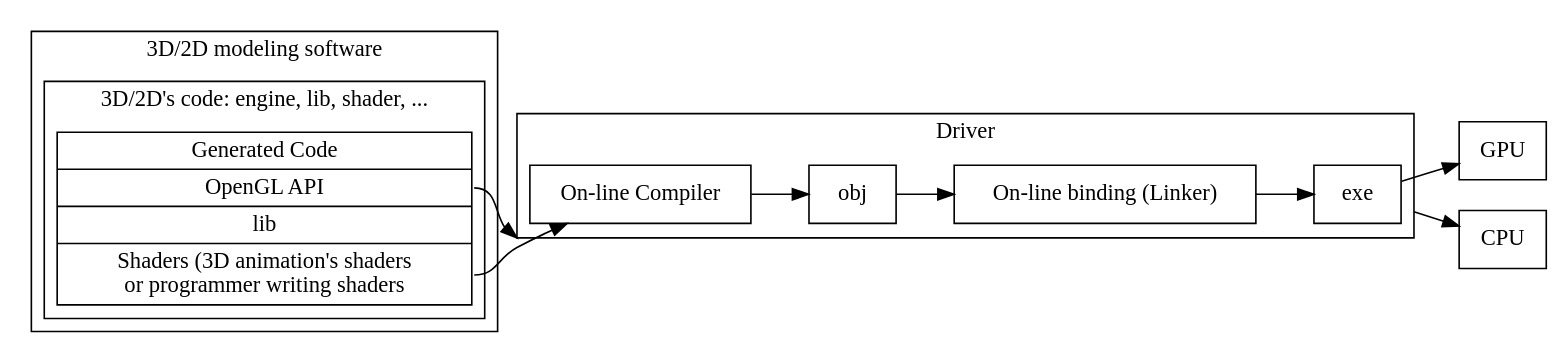
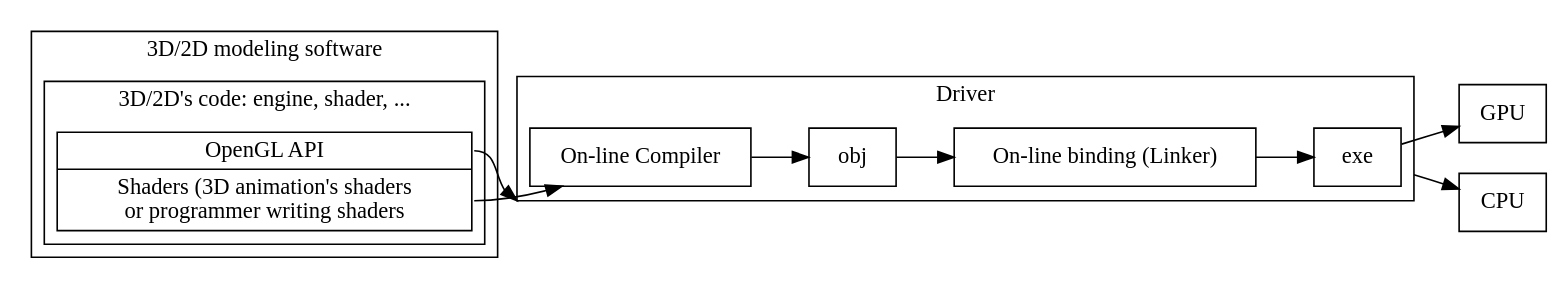
One commit to Jonathan2251/lbd changed the diagram in Fig/gpu/opengl-flow.gv. Above: the diagram before and after it, drawn with Graphviz. The commit also changed 15 other files, not shown here.

Commit message:
gpu.rst: refine 'section Animation', 'section Mesh-Shader Pipeline' and 'sectionOpenGL Shader Compiler', add 'section Tessellation Example'.

```diff
--- a/Fig/gpu/opengl-flow.gv
+++ b/Fig/gpu/opengl-flow.gv
@@ -1,27 +1,27 @@
 digraph G {
   rankdir=LR;
 
   compound=true;
   node [shape=record];
   subgraph cluster_3d {
     label = "3D/2D modeling software";
     subgraph cluster_code {
-      label = "3D/2D's code: engine, lib, shader, ...";
-      Api [label="<g> Generated Code | <a> OpenGL API | lib | <s> Shaders (3D animation's shaders \n or programmer writing shaders"];
+      label = "3D/2D's code: engine, shader, ...";
+      Api [label="<a> OpenGL API | <s> Shaders (3D animation's shaders \n or programmer writing shaders"];
     }
   }
   subgraph cluster_driver {
     label = "Driver"
     Compiler [label="On-line Compiler"];
     Obj [label="obj"];
     Linker [label="On-line binding (Linker)"];
     Exe [label="exe"];
   }
   Api:a -> Obj [lhead ="cluster_driver"];
   Api:s -> Compiler;
   Compiler -> Obj -> Linker -> Exe;
   Exe -> GPU;
   Exe -> CPU [ltail ="cluster_driver"]; 
 
 //  label = "OpenGL Flow";
 }
```
